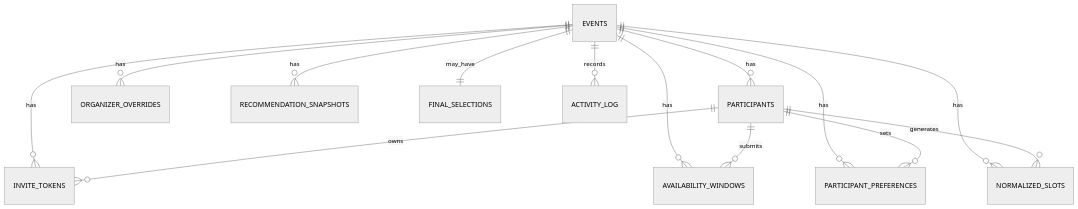
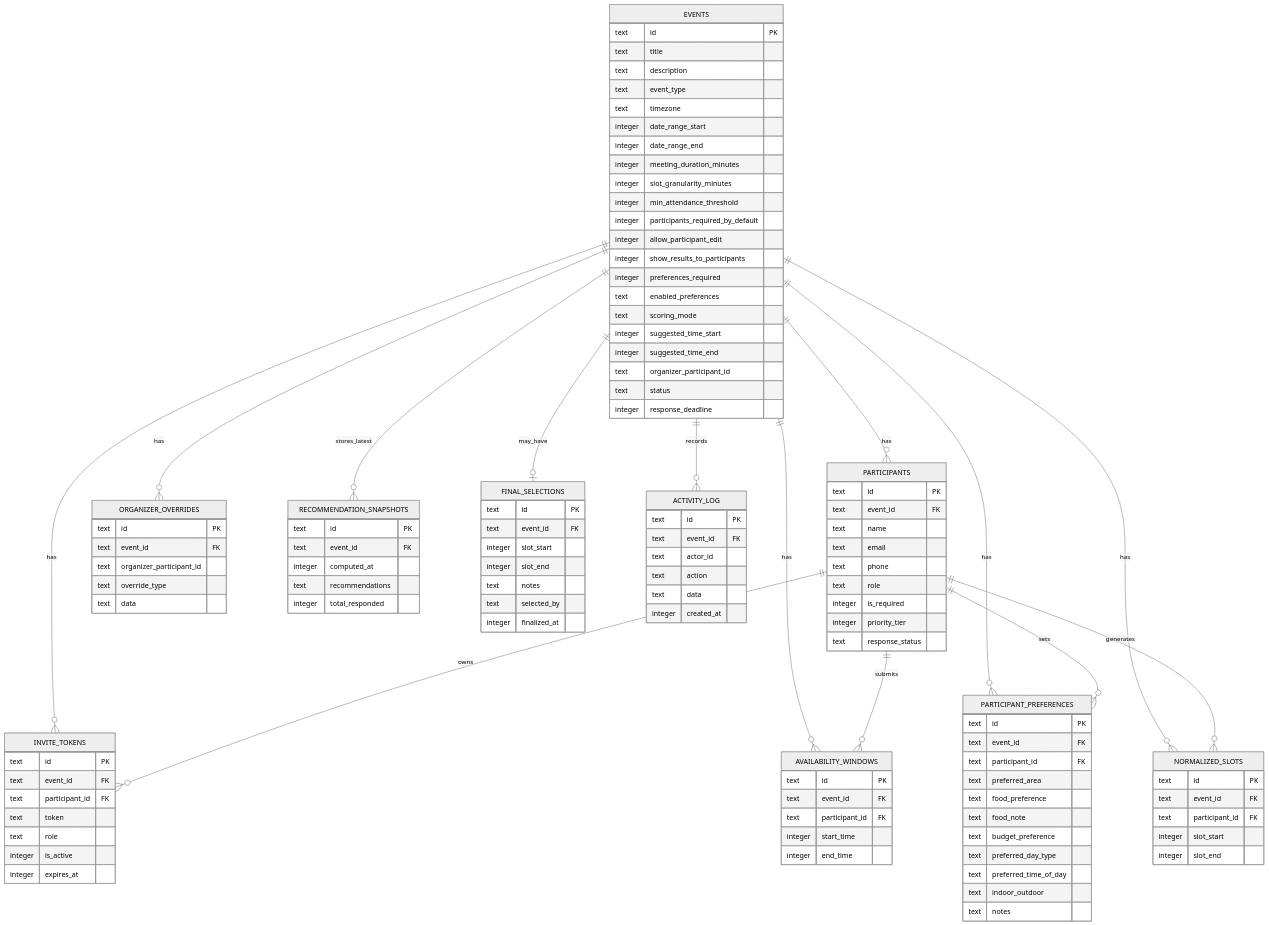
One commit to anxkhn/togoo changed the fourth of 9 diagrams in TRD.md. Above: the diagram before and after it, drawn with Mermaid (neutral theme). The commit also changed other lines of this file and 3 other files, not shown here.

````diff
--- a/TRD.md
+++ b/TRD.md
@@ -163,5 +286,107 @@
 ```mermaid
 erDiagram
+    EVENTS {
+        text id PK
+        text title
+        text description
+        text event_type
+        text timezone
+        integer date_range_start
+        integer date_range_end
+        integer meeting_duration_minutes
+        integer slot_granularity_minutes
+        integer min_attendance_threshold
+        integer participants_required_by_default
+        integer allow_participant_edit
+        integer show_results_to_participants
+        integer preferences_required
+        text enabled_preferences
+        text scoring_mode
+        integer suggested_time_start
+        integer suggested_time_end
+        text organizer_participant_id
+        text status
+        integer response_deadline
+    }
+    PARTICIPANTS {
+        text id PK
+        text event_id FK
+        text name
+        text email
+        text phone
+        text role
+        integer is_required
+        integer priority_tier
+        text response_status
+    }
+    INVITE_TOKENS {
+        text id PK
+        text event_id FK
+        text participant_id FK
+        text token
+        text role
+        integer is_active
+        integer expires_at
+    }
+    AVAILABILITY_WINDOWS {
+        text id PK
+        text event_id FK
+        text participant_id FK
+        integer start_time
+        integer end_time
+    }
+    PARTICIPANT_PREFERENCES {
+        text id PK
+        text event_id FK
+        text participant_id FK
+        text preferred_area
+        text food_preference
+        text food_note
+        text budget_preference
+        text preferred_day_type
+        text preferred_time_of_day
+        text indoor_outdoor
+        text notes
+    }
+    ORGANIZER_OVERRIDES {
+        text id PK
+        text event_id FK
+        text organizer_participant_id
+        text override_type
+        text data
+    }
+    NORMALIZED_SLOTS {
+        text id PK
+        text event_id FK
+        text participant_id FK
+        integer slot_start
+        integer slot_end
+    }
+    RECOMMENDATION_SNAPSHOTS {
+        text id PK
+        text event_id FK
+        integer computed_at
+        text recommendations
+        integer total_responded
+    }
+    FINAL_SELECTIONS {
+        text id PK
+        text event_id FK
+        integer slot_start
+        integer slot_end
+        text notes
+        text selected_by
+        integer finalized_at
+    }
+    ACTIVITY_LOG {
+        text id PK
+        text event_id FK
+        text actor_id
+        text action
+        text data
+        integer created_at
+    }
+
     EVENTS ||--o{ PARTICIPANTS : has
     EVENTS ||--o{ INVITE_TOKENS : has
     PARTICIPANTS ||--o{ INVITE_TOKENS : owns
@@ -172,7 +397,7 @@
     EVENTS ||--o{ ORGANIZER_OVERRIDES : has
     EVENTS ||--o{ NORMALIZED_SLOTS : has
     PARTICIPANTS ||--o{ NORMALIZED_SLOTS : generates
-    EVENTS ||--o{ RECOMMENDATION_SNAPSHOTS : has
-    EVENTS ||--|| FINAL_SELECTIONS : may_have
+    EVENTS ||--o{ RECOMMENDATION_SNAPSHOTS : stores_latest
+    EVENTS ||--o| FINAL_SELECTIONS : may_have
     EVENTS ||--o{ ACTIVITY_LOG : records
 ```
````
